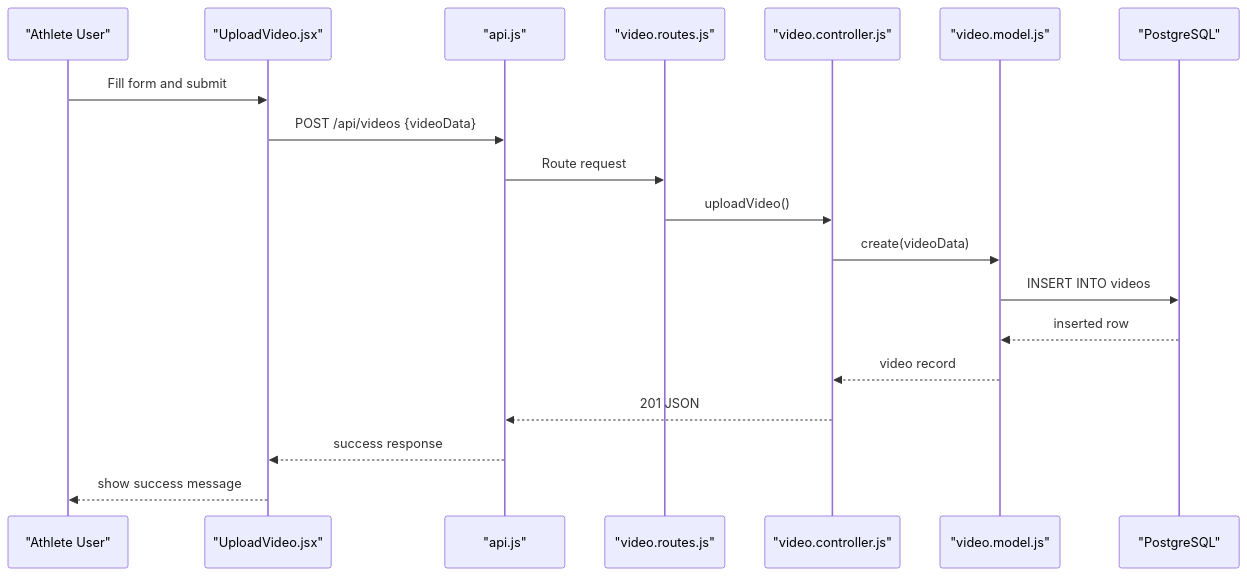
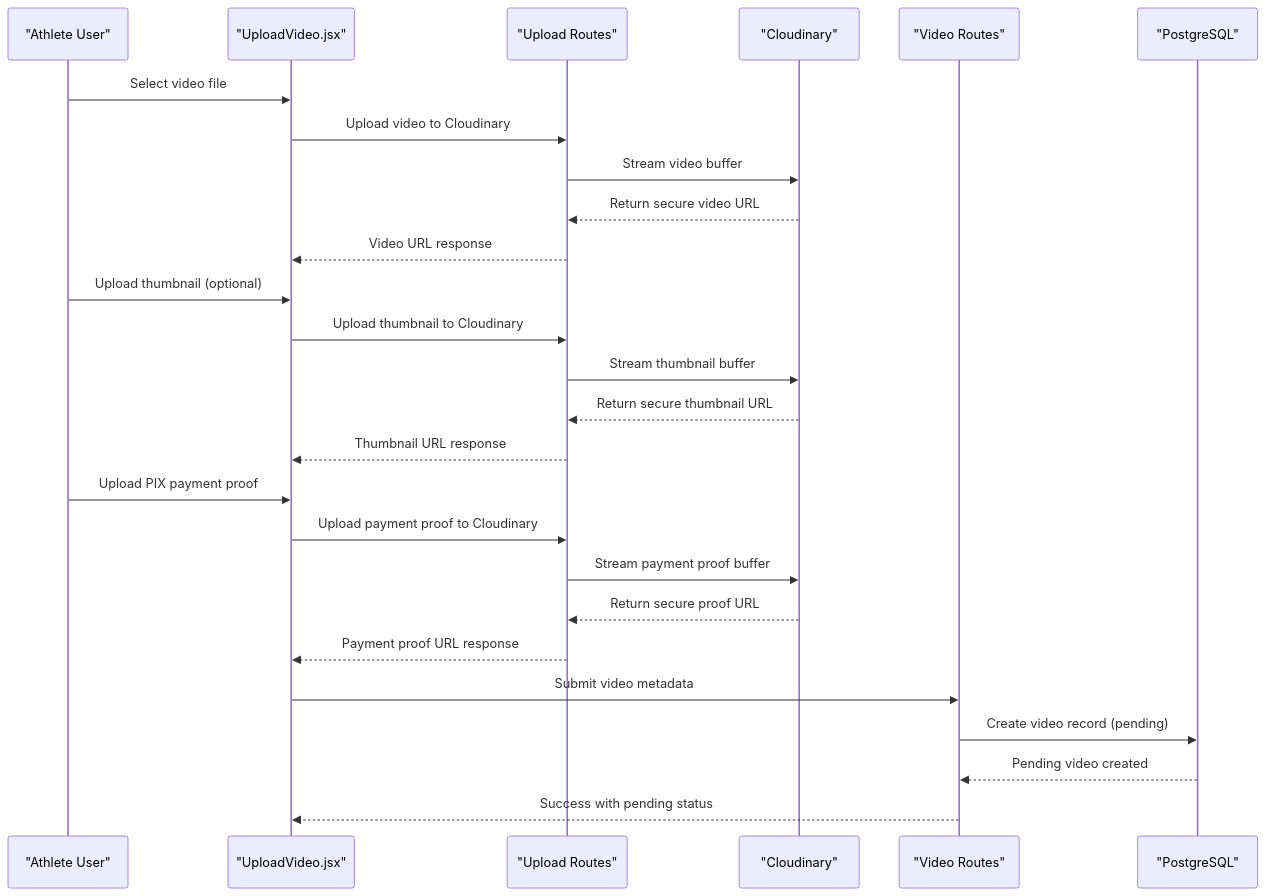
The fifth of 9 diagrams in .qoder/repowiki/en/content/Backend API Documentation/Video Management.md (Alexandrexicara/craque-vision), drawn with Mermaid before and after one commit. The commit also changed other lines of this file and 10 other files, not shown here.

````diff
--- a/.qoder/repowiki/en/content/Backend API Documentation/Video Management.md
+++ b/.qoder/repowiki/en/content/Backend API Documentation/Video Management.md
@@ -279,21 +299,28 @@
 ```mermaid
 sequenceDiagram
 participant User as "Athlete User"
-participant Page as "UploadVideo.jsx"
-participant API as "api.js"
-participant Routes as "video.routes.js"
-participant Ctrl as "video.controller.js"
-participant Model as "video.model.js"
-participant DB as "PostgreSQL"
-User->>Page : Fill form and submit
-Page->>API : POST /api/videos {videoData}
-API->>Routes : Route request
-Routes->>Ctrl : uploadVideo()
-Ctrl->>Model : create(videoData)
-Model->>DB : INSERT INTO videos
-DB-->>Model : inserted row
-Model-->>Ctrl : video record
-Ctrl-->>API : 201 JSON
-API-->>Page : success response
-Page-->>User : show success message
+participant Frontend as "UploadVideo.jsx"
+participant UploadAPI as "Upload Routes"
+participant Cloudinary as "Cloudinary"
+participant VideoAPI as "Video Routes"
+participant Database as "PostgreSQL"
+User->>Frontend : Select video file
+Frontend->>UploadAPI : Upload video to Cloudinary
+UploadAPI->>Cloudinary : Stream video buffer
+Cloudinary-->>UploadAPI : Return secure video URL
+UploadAPI-->>Frontend : Video URL response
+User->>Frontend : Upload thumbnail (optional)
+Frontend->>UploadAPI : Upload thumbnail to Cloudinary
+UploadAPI->>Cloudinary : Stream thumbnail buffer
+Cloudinary-->>UploadAPI : Return secure thumbnail URL
+UploadAPI-->>Frontend : Thumbnail URL response
+User->>Frontend : Upload PIX payment proof
+Frontend->>UploadAPI : Upload payment proof to Cloudinary
+UploadAPI->>Cloudinary : Stream payment proof buffer
+Cloudinary-->>UploadAPI : Return secure proof URL
+UploadAPI-->>Frontend : Payment proof URL response
+Frontend->>VideoAPI : Submit video metadata
+VideoAPI->>Database : Create video record (pending)
+Database-->>VideoAPI : Pending video created
+VideoAPI-->>Frontend : Success with pending status
 ```
````
